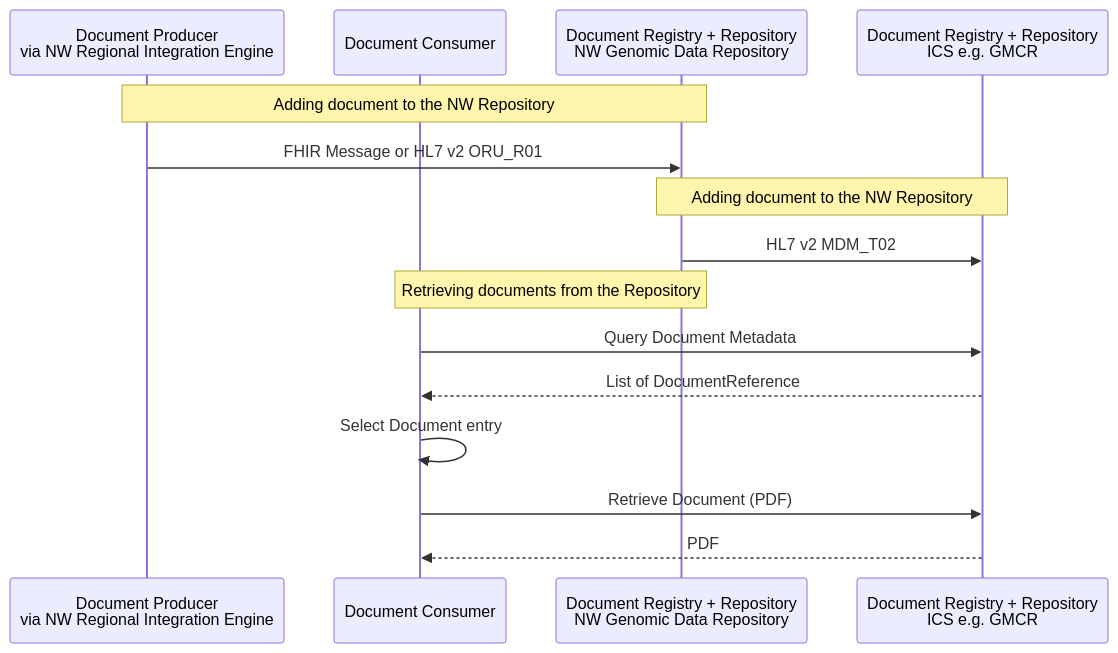
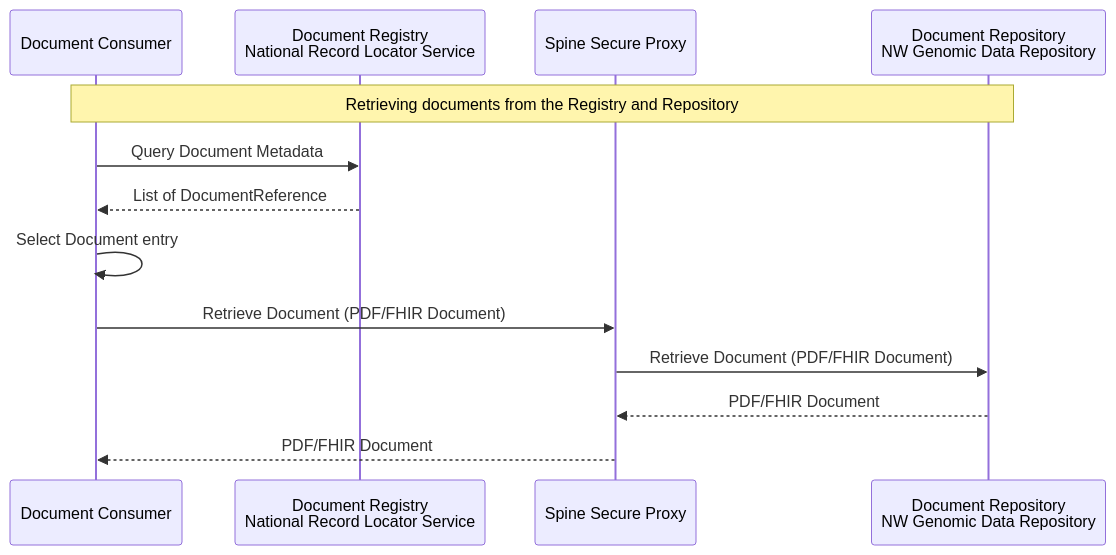
Before and after one commit to uk-gov-mirror/nw-gmsa.nw-gmsa.github.com: the fourth of 6 diagrams in input/pagecontent/workflow-report-options.md, drawn with Mermaid. The commit also changed other lines of this file, not shown here.

````diff
--- a/input/pagecontent/workflow-report-options.md
+++ b/input/pagecontent/workflow-report-options.md
@@ -57,19 +65,17 @@
 ```mermaid
 sequenceDiagram
-    participant Producer As Document Producer<br/>via NW Regional Integration Engine
+
     participant Consumer As Document Consumer
-    participant Repository As Document Registry + Repository<br/>NW Genomic Data Repository
-    participant RepositoryICS As Document Registry + Repository<br/>ICS e.g. GMCR
+    participant Registry As Document Registry<br/>National Record Locator Service
+    participant SSP As Spine Secure Proxy
+    participant Repository As Document Repository<br/>NW Genomic Data Repository
 
-    Note over Producer,Repository: Adding document to the NW Repository
-    Producer ->> Repository: FHIR Message or HL7 v2 ORU_R01 
-    Note over Repository,RepositoryICS: Adding document to the NW Repository
-    Repository ->> RepositoryICS: HL7 v2 MDM_T02 
-    Note over Consumer,Repository: Retrieving documents from the Repository
-    Consumer ->> RepositoryICS: Query Document Metadata
-    RepositoryICS -->> Consumer: List of DocumentReference
+    Note over Consumer,Repository: Retrieving documents from the Registry and Repository
+    Consumer ->> Registry: Query Document Metadata
+    Registry -->> Consumer: List of DocumentReference
     Consumer ->> Consumer: Select Document entry
-    Consumer ->> RepositoryICS: Retrieve Document (PDF)
-    
-    RepositoryICS -->> Consumer: PDF
+    Consumer ->> SSP: Retrieve Document (PDF/FHIR Document)
+    SSP ->> Repository: Retrieve Document (PDF/FHIR Document)
+    Repository -->> SSP: PDF/FHIR Document
+    SSP -->> Consumer: PDF/FHIR Document
 ```
````
